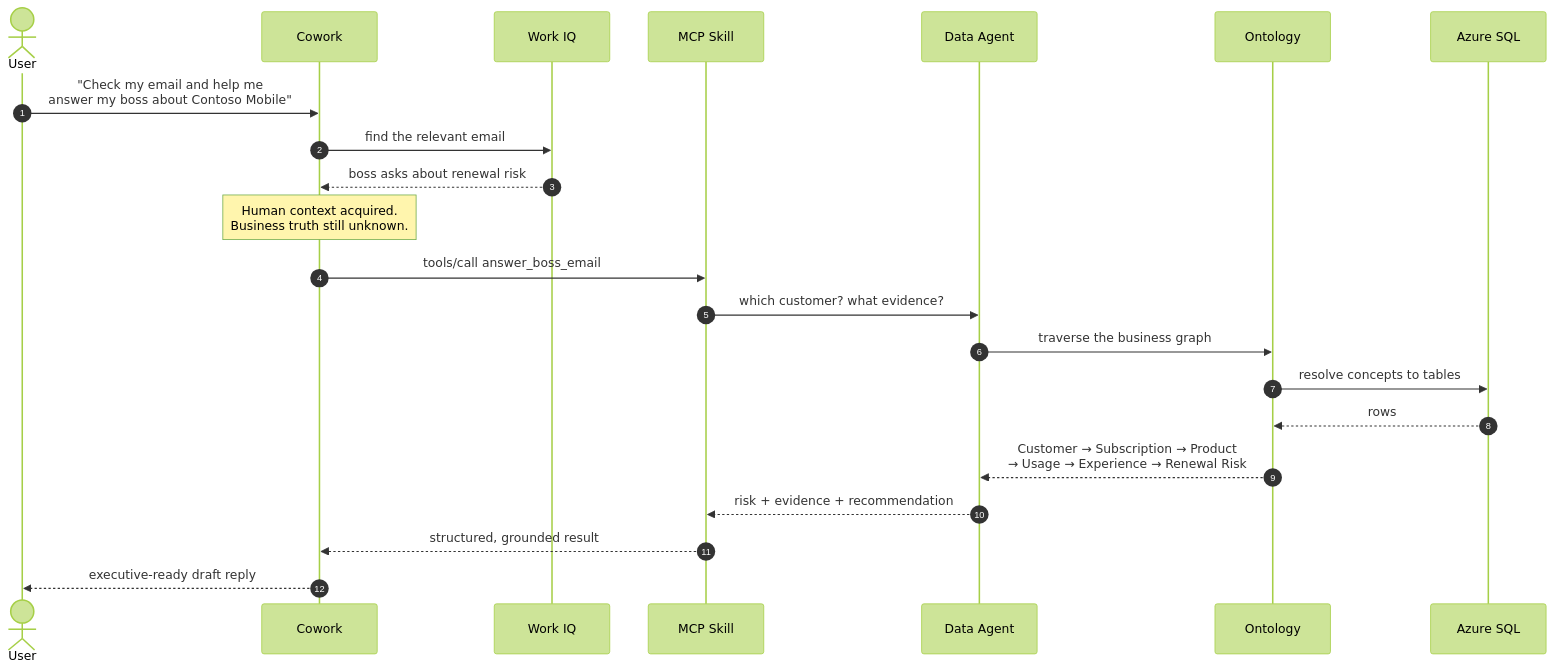
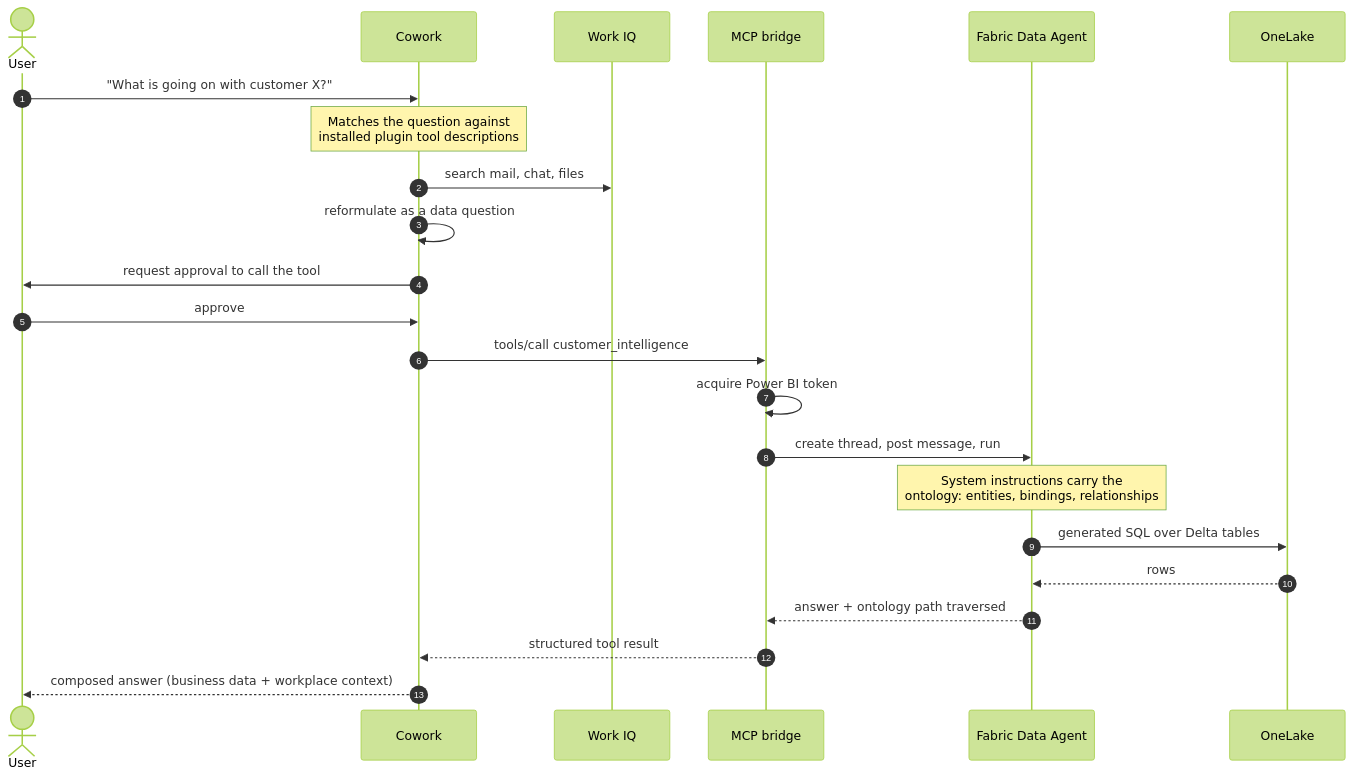
The second of 3 diagrams in README.md (aljannuzzi/fabric-cowork-ontology-demo), drawn with Mermaid (forest theme) before and after one commit. The commit also changed other lines of this file and 50 other files, not shown here.

First line of the commit message:
Restructure as ontology-grounded agent pattern reference

````diff
--- a/README.md
+++ b/README.md
@@ -152,25 +107,26 @@
 ```mermaid
 sequenceDiagram
     autonumber
     actor User
     participant CW as Cowork
     participant WIQ as Work IQ
-    participant MCP as MCP Skill
-    participant DA as Data Agent
-    participant ONT as Ontology
-    participant DB as Azure SQL
+    participant MCP as MCP bridge
+    participant DA as Fabric Data Agent
+    participant LH as OneLake
 
-    User->>CW: "Check my email and help me<br/>answer my boss about Contoso Mobile"
-    CW->>WIQ: find the relevant email
-    WIQ-->>CW: boss asks about renewal risk
-    Note over CW: Human context acquired.<br/>Business truth still unknown.
-    CW->>MCP: tools/call answer_boss_email
-    MCP->>DA: which customer? what evidence?
-    DA->>ONT: traverse the business graph
-    ONT->>DB: resolve concepts to tables
-    DB-->>ONT: rows
-    ONT-->>DA: Customer → Subscription → Product<br/>→ Usage → Experience → Renewal Risk
-    DA-->>MCP: risk + evidence + recommendation
-    MCP-->>CW: structured, grounded result
-    CW-->>User: executive-ready draft reply
+    User->>CW: "What is going on with customer X?"
+    Note over CW: Matches the question against<br/>installed plugin tool descriptions
+    CW->>WIQ: search mail, chat, files
+    CW->>CW: reformulate as a data question
+    CW->>User: request approval to call the tool
+    User->>CW: approve
+    CW->>MCP: tools/call customer_intelligence
+    MCP->>MCP: acquire Power BI token
+    MCP->>DA: create thread, post message, run
+    Note over DA: System instructions carry the<br/>ontology: entities, bindings, relationships
+    DA->>LH: generated SQL over Delta tables
+    LH-->>DA: rows
+    DA-->>MCP: answer + ontology path traversed
+    MCP-->>CW: structured tool result
+    CW-->>User: composed answer (business data + workplace context)
 ```
````
